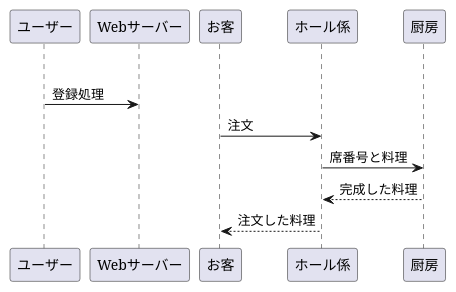
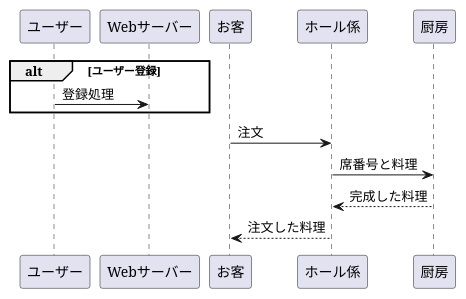
Before and after one commit to Aso2001374/2021sys-design: the diagram in 0511kadai.md, drawn with PlantUML.

````diff
--- a/0511kadai.md
+++ b/0511kadai.md
@@ -1,13 +1,13 @@
 ```uml
 @startuml
 
 alt ユーザー登録
 
 ユーザー -> Webサーバー:登録処理
-
+end
 お客->ホール係:注文
 ホール係->厨房:席番号と料理
 厨房-->ホール係:完成した料理
 ホール係-->お客:注文した料理
 @enduml
 ```
````
